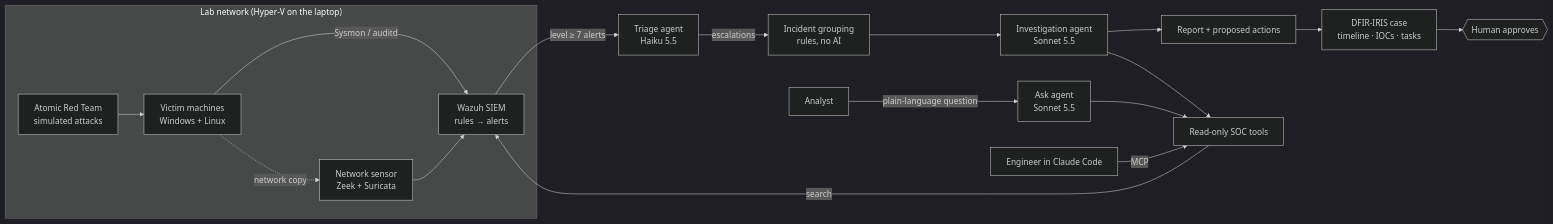
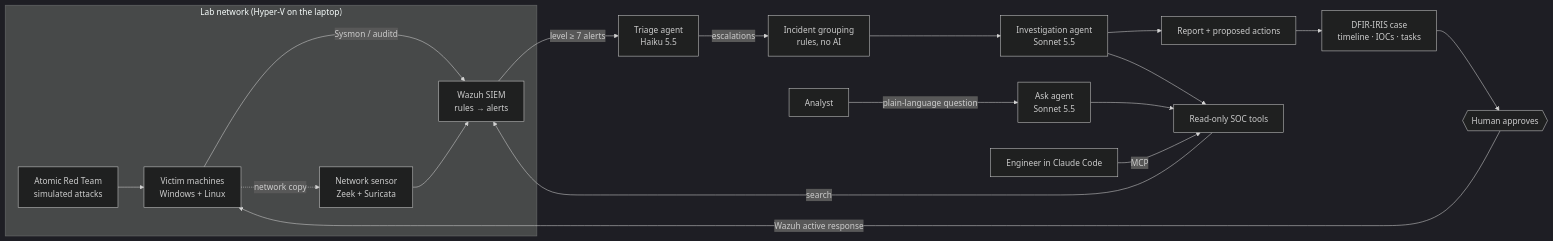
One commit to bharathcmbox/tiny-agenticsoc changed the diagram in README.md. Above: the diagram before and after it, drawn with Mermaid (dark theme). The commit also changed other lines of this file and 12 other files, not shown here.

First line of the commit message:
Approval-gated active response through Wazuh

````diff
--- a/README.md
+++ b/README.md
@@ -56,19 +56,20 @@
 ```mermaid
 flowchart LR
   subgraph LAB["Lab network (Hyper-V on the laptop)"]
     ART["Atomic Red Team<br/>simulated attacks"] --> V["Victim machines<br/>Windows + Linux"]
     V -- "Sysmon / auditd" --> W["Wazuh SIEM<br/>rules → alerts"]
     V -. "network copy" .-> S["Network sensor<br/>Zeek + Suricata"] --> W
   end
   W -- "level ≥ 7 alerts" --> T["Triage agent<br/>Haiku 5.5"]
   T -- "escalations" --> G["Incident grouping<br/>rules, no AI"]
   G --> I["Investigation agent<br/>Sonnet 5.5"]
   I --> R["Report + proposed actions"]
   R --> C["DFIR-IRIS case<br/>timeline · IOCs · tasks"]
   C --> H{{"Human approves"}}
+  H -- "Wazuh active response" --> V
   U["Analyst"] -- "plain-language question" --> A["Ask agent<br/>Sonnet 5.5"]
   CC["Engineer in Claude Code"] -- "MCP" --> TOOLS
   A --> TOOLS["Read-only SOC tools"]
   I --> TOOLS
   TOOLS -- "search" --> W
 ```
````
